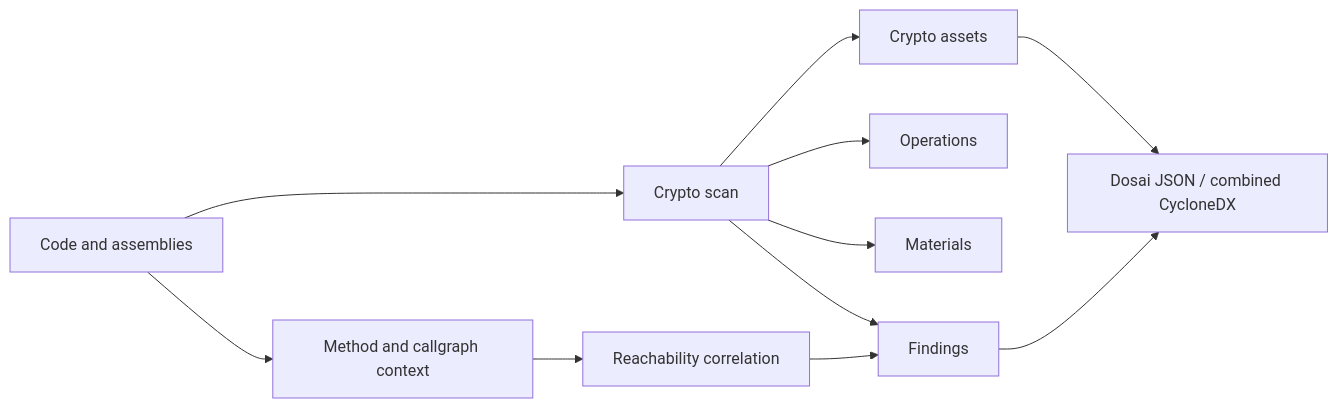
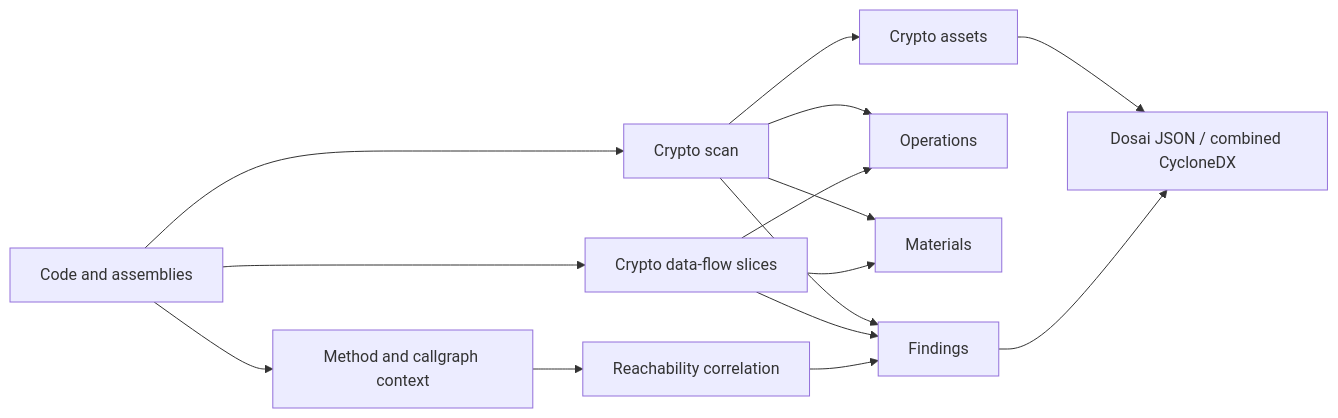
One commit to owasp-dep-scan/dosai changed the fourth of 5 diagrams in docs/commands.md. Above: the diagram before and after it, drawn with Mermaid. The commit also changed other lines of this file and 10 other files, not shown here.

````diff
--- a/docs/commands.md
+++ b/docs/commands.md
@@ -250,13 +262,17 @@
 ```mermaid
 flowchart LR
     Code[Code and assemblies] --> Inventory[Method and callgraph context]
     Code --> Scan[Crypto scan]
     Scan --> Assets[Crypto assets]
     Scan --> Ops[Operations]
     Scan --> Materials[Materials]
     Scan --> Findings[Findings]
     Inventory --> Reach[Reachability correlation]
+    Code --> Flow[Crypto data-flow slices]
+    Flow --> Materials
+    Flow --> Ops
+    Flow --> Findings
     Reach --> Findings
     Assets --> Export[Dosai JSON / combined CycloneDX]
     Findings --> Export
 ```
````
